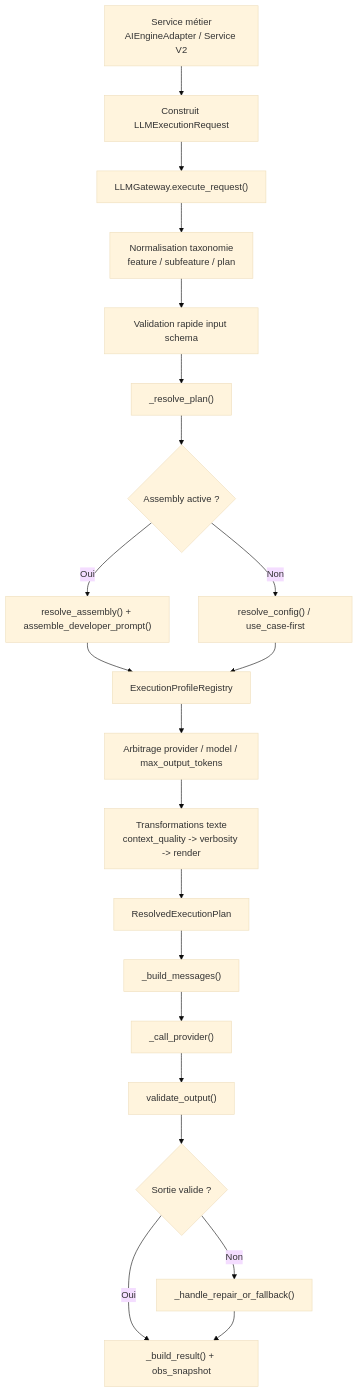
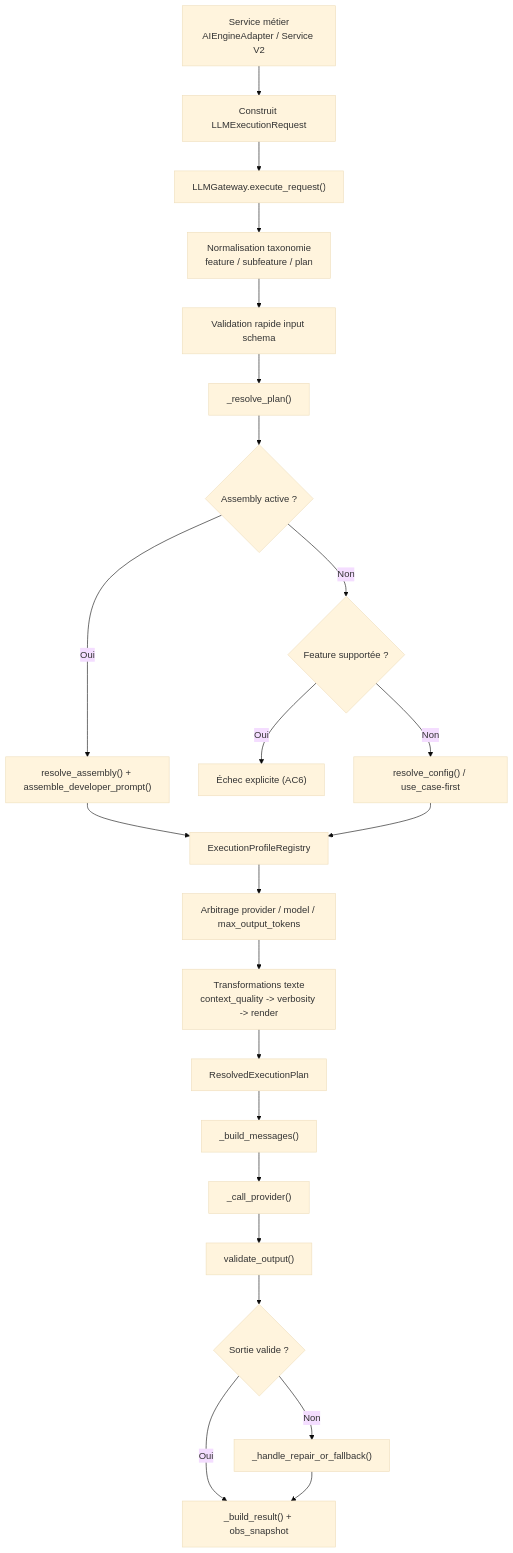
The first of 6 diagrams in docs/llm-prompt-generation-by-feature.md (daconrilcy/horoscope_front), drawn with Mermaid (base theme) before and after one commit. The commit also changed other lines of this file and 5 other files, not shown here.

Commit message:
feat(llm): final extinction of use_case-first fallback for supported families (Story 66.29)

````diff
--- a/docs/llm-prompt-generation-by-feature.md
+++ b/docs/llm-prompt-generation-by-feature.md
@@ -57,26 +57,28 @@
 ```mermaid
 flowchart TD
     A["Service métier<br/>AIEngineAdapter / Service V2"] --> B["Construit LLMExecutionRequest"]
     B --> C["LLMGateway.execute_request()"]
     C --> D["Normalisation taxonomie<br/>feature / subfeature / plan"]
     D --> E["Validation rapide input schema"]
     E --> F["_resolve_plan()"]
 
     F --> G{"Assembly active ?"}
     G -->|Oui| H["resolve_assembly() + assemble_developer_prompt()"]
-    G -->|Non| I["resolve_config() / use_case-first"]
+    G -->|Non| I{"Feature supportée ?"}
+    I -->|Oui| J["Échec explicite (AC6)"]
+    I -->|Non| K["resolve_config() / use_case-first"]
 
-    H --> J["ExecutionProfileRegistry"]
-    I --> J
+    H --> L["ExecutionProfileRegistry"]
+    K --> L
 
-    J --> K["Arbitrage provider / model / max_output_tokens"]
-    K --> L["Transformations texte<br/>context_quality -> verbosity -> render"]
-    L --> M["ResolvedExecutionPlan"]
-    M --> N["_build_messages()"]
-    N --> O["_call_provider()"]
-    O --> P["validate_output()"]
-    P --> Q{"Sortie valide ?"}
-    Q -->|Oui| R["_build_result() + obs_snapshot"]
-    Q -->|Non| S["_handle_repair_or_fallback()"]
-    S --> R
+    L --> M["Arbitrage provider / model / max_output_tokens"]
+    M --> N["Transformations texte<br/>context_quality -> verbosity -> render"]
+    N --> O["ResolvedExecutionPlan"]
+    O --> P["_build_messages()"]
+    P --> Q["_call_provider()"]
+    Q --> R["validate_output()"]
+    R --> S{"Sortie valide ?"}
+    S -->|Oui| T["_build_result() + obs_snapshot"]
+    S -->|Non| U["_handle_repair_or_fallback()"]
+    U --> T
 ```
````
